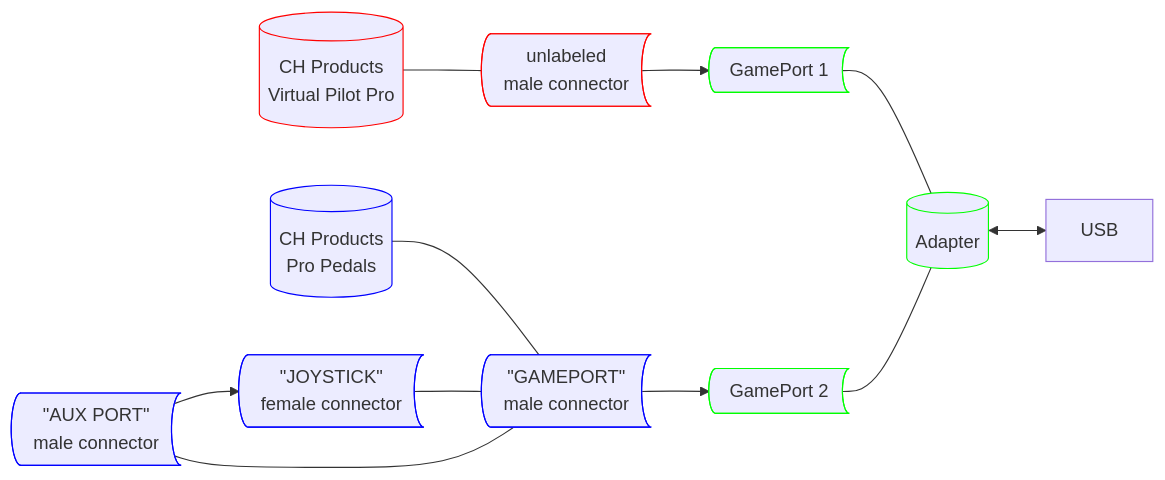
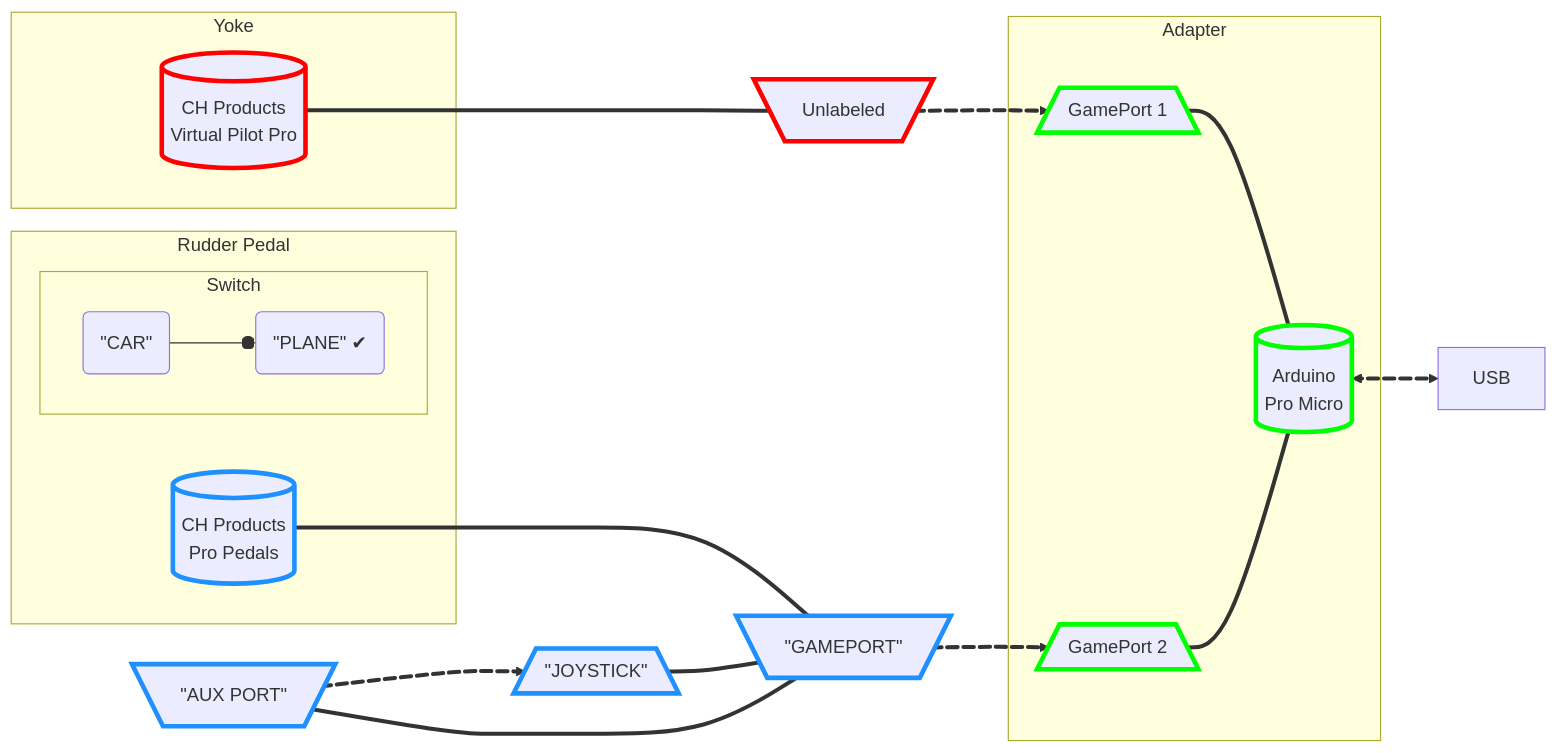
One commit to boscopEDRO/Virtual-Pilot-Pro-Pro-Pedals-USB-adapter changed the diagram in README.md. Above: the diagram before and after it, drawn with Mermaid. The commit also changed other lines of this file, not shown here.

````diff
--- a/README.md
+++ b/README.md
@@ -30,28 +47,64 @@
 ```mermaid
- flowchart LR
-    Y[(CH Products<br/>Virtual Pilot Pro)] --- c0
-    c0@{ shape: bow-rect, label: "unlabeled<br/>male connector" }
-    style Y stroke:#f00
-    style c0 stroke:#f00
+flowchart LR
+    
+    subgraph Yoke
+        Y[(CH Products<br/>Virtual Pilot Pro)]
+            style Y stroke-width:4px,stroke:red
+    end
 
-    c0 --> a0 --- A[(Adapter)] <--> USB
-    a0@{ shape: bow-rect, label: "GamePort 1" }
-    style a0 stroke:#0f0
-    style A stroke:#0f0
+        c0[\Unlabeled/]
+            style c0 stroke-width:4px,stroke:red
 
-    P[(CH Products<br/>Pro Pedals)] --- c1
-    c1@{ shape: bow-rect, label: "#quot;GAMEPORT#quot;<br/>male connector" }
-    style P stroke:#00f
-    style c1 stroke:#00f
+    subgraph Rudder Pedal
+        P[(CH Products<br/>Pro Pedals)]
+            style P stroke-width:4px,stroke:DodgerBlue
+        
+        subgraph Switch
+        direction LR
+            car(#quot;CAR#quot;) --o plane(#quot;PLANE#quot; ✔)
+        end
+    end
+    
+        c1[\#quot;GAMEPORT#quot;/]
+            style c1 stroke-width:4px,stroke:DodgerBlue
 
-    c1 --> a1 --- A
-    a1@{ shape: bow-rect, label: "GamePort 2" }
-    style a1 stroke:#0f0
+        c2[\#quot;AUX PORT#quot;/]
+            style c2 stroke-width:4px,stroke:DodgerBlue
+        
+        c3[/#quot;JOYSTICK#quot;\]
+            style c3 stroke-width:4px,stroke:DodgerBlue
+        
+    subgraph Adapter
+        A[(Arduino<br/>Pro Micro)]
+            style A stroke-width:4px,stroke:lime
+
+        a0[/GamePort 1\]
+            style a0 stroke-width:4px,stroke:lime
+
+        a1[/GamePort 2\]
+            style a1 stroke-width:4px,stroke:lime
+    end
+
+    %%Y === c0 e0@===> a0 --- A
+    %%P === c1 e1@===> a1 --- A e@<==> USB
+    %%c2 e2@==> c3 === c1 === c2
+
+    Y ==== c0 e0@==> a0 === A
+    P ==== c1 e1@==> a1 === A e@<==> USB
+    c2 e2@==> c3 === c1
+    c2 === c1
     
-    c2 --> c3 --- c1
-    c2 --- c1
-    c2@{ shape: bow-rect, label: "#quot;AUX PORT#quot;<br/>male connector" }
-    c3@{ shape: bow-rect, label: "#quot;JOYSTICK#quot;<br/>female connector" }
-    style c2 stroke:#00f
-    style c3 stroke:#00f
+    e@{ animate: true }
+    e0@{ animate: true }
+    e1@{ animate: true }
+    e2@{ animate: true }
+    %%e3@{ animate: true }
+    %%e4@{ animate: true }
+    %%e5@{ animate: true }
+    %%e6@{ animate: true }
+    %%e7@{ animate: true }
+    %%e8@{ animate: true }
+    %%e9@{ animate: true }
+
+%%    #quot;    <br/>
 ```
````
